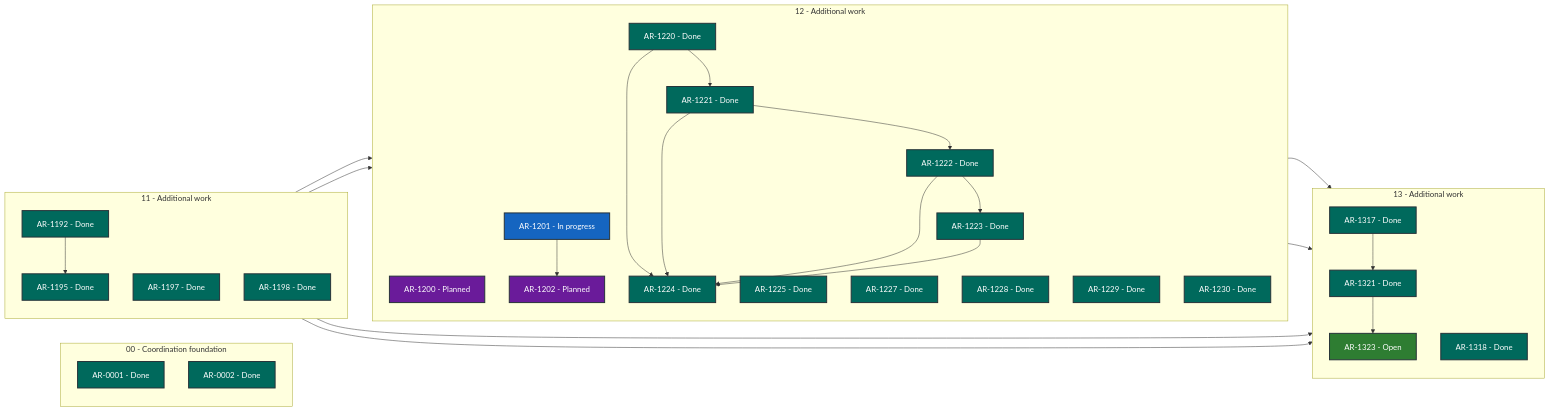
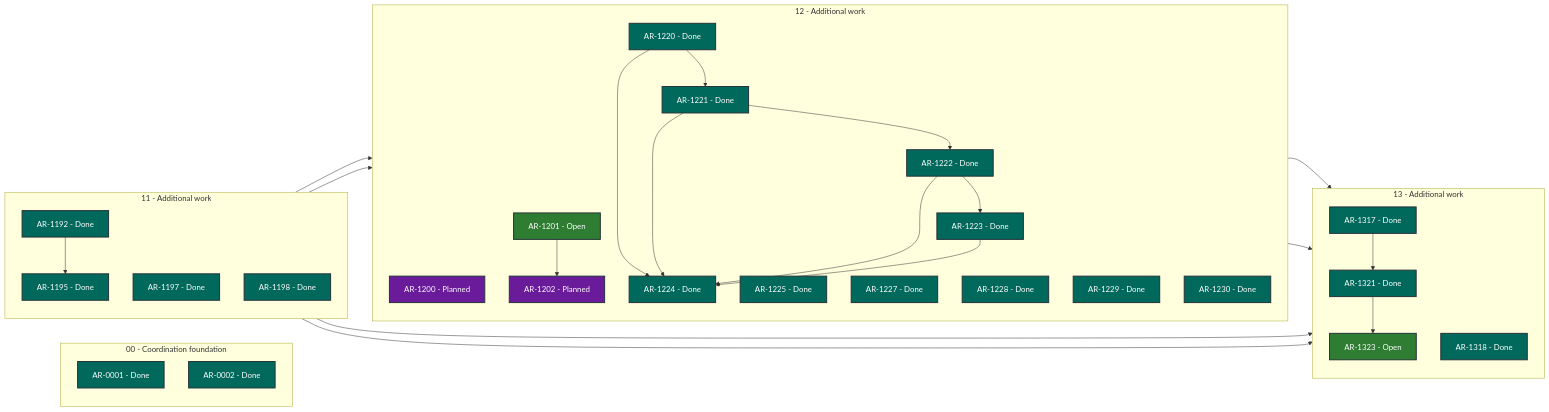
The diagram in STATUS.md (martin-beck/asb-tui-state), drawn with Mermaid before and after one commit. The commit also changed other lines of this file and 2 other files, not shown here.

````diff
--- a/STATUS.md
+++ b/STATUS.md
@@ -27,63 +27,63 @@
 ```mermaid
 flowchart LR
     subgraph series_00["00 - Coordination foundation"]
         direction TB
         AR_0001["AR-0001 - Done"]:::status_done
         AR_0002["AR-0002 - Done"]:::status_done
     end
     subgraph series_11["11 - Additional work"]
         direction TB
         AR_1192["AR-1192 - Done"]:::status_done
         AR_1195["AR-1195 - Done"]:::status_done
         AR_1197["AR-1197 - Done"]:::status_done
         AR_1198["AR-1198 - Done"]:::status_done
     end
     subgraph series_12["12 - Additional work"]
         direction TB
         AR_1200["AR-1200 - Planned"]:::status_planned
-        AR_1201["AR-1201 - In progress"]:::status_in_progress
+        AR_1201["AR-1201 - Open"]:::status_open
         AR_1202["AR-1202 - Planned"]:::status_planned
         AR_1220["AR-1220 - Done"]:::status_done
         AR_1221["AR-1221 - Done"]:::status_done
         AR_1222["AR-1222 - Done"]:::status_done
         AR_1223["AR-1223 - Done"]:::status_done
         AR_1224["AR-1224 - Done"]:::status_done
         AR_1225["AR-1225 - Done"]:::status_done
         AR_1227["AR-1227 - Done"]:::status_done
         AR_1228["AR-1228 - Done"]:::status_done
         AR_1229["AR-1229 - Done"]:::status_done
         AR_1230["AR-1230 - Done"]:::status_done
     end
     subgraph series_13["13 - Additional work"]
         direction TB
         AR_1317["AR-1317 - Done"]:::status_done
         AR_1318["AR-1318 - Done"]:::status_done
         AR_1321["AR-1321 - Done"]:::status_done
         AR_1323["AR-1323 - Open"]:::status_open
     end
     AR_1192 --> AR_1195
     AR_1192 --> AR_1317
     AR_1195 --> AR_1200
     AR_1197 --> AR_1201
     AR_1197 --> AR_1317
     AR_1201 --> AR_1202
     AR_1220 --> AR_1221
     AR_1220 --> AR_1224
     AR_1221 --> AR_1222
     AR_1221 --> AR_1224
     AR_1222 --> AR_1223
     AR_1222 --> AR_1224
     AR_1223 --> AR_1224
     AR_1228 --> AR_1317
     AR_1229 --> AR_1317
     AR_1317 --> AR_1321
     AR_1321 --> AR_1323
     classDef status_in_progress fill:#1565c0,color:#ffffff,stroke:#263238,stroke-width:2px
     classDef status_open fill:#2e7d32,color:#ffffff,stroke:#263238,stroke-width:2px
     classDef status_blocked fill:#c62828,color:#ffffff,stroke:#263238,stroke-width:2px
     classDef status_planned fill:#6a1b9a,color:#ffffff,stroke:#263238,stroke-width:2px
     classDef status_future fill:#455a64,color:#ffffff,stroke:#263238,stroke-width:2px
     classDef status_done fill:#00695c,color:#ffffff,stroke:#263238,stroke-width:2px
     classDef status_cancelled fill:#616161,color:#ffffff,stroke:#263238,stroke-width:2px
     classDef status_superseded fill:#5d4037,color:#ffffff,stroke:#263238,stroke-width:2px
 ```
````
